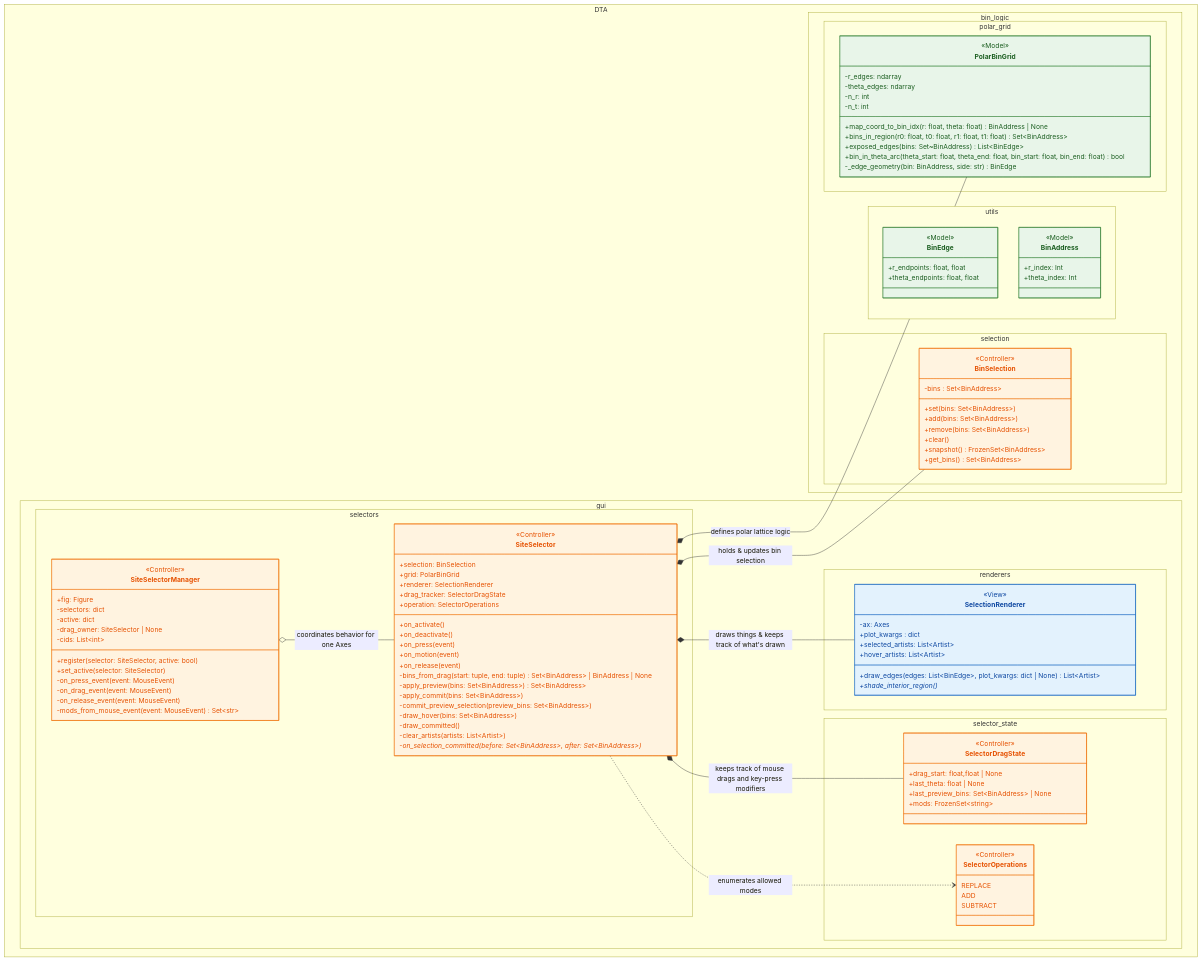
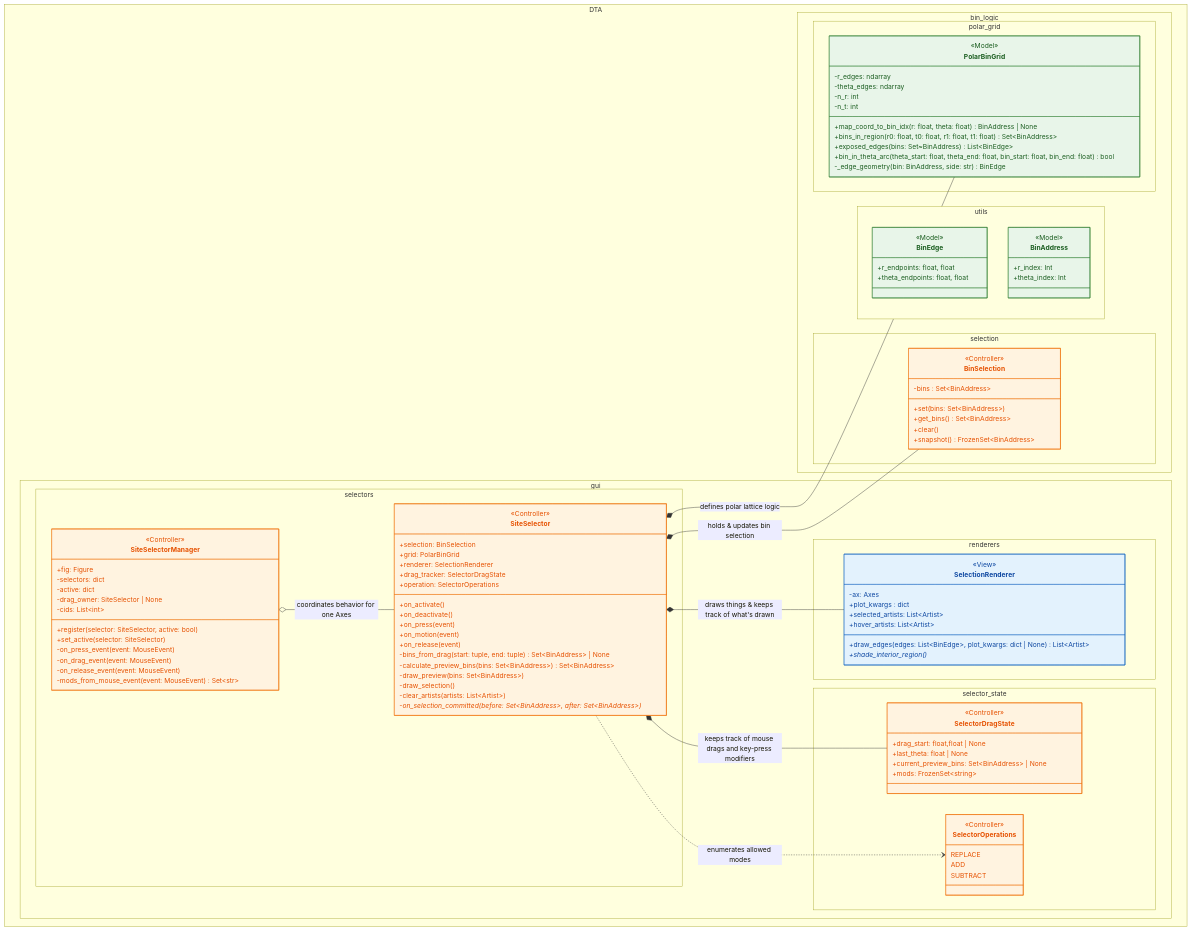
The first of 4 diagrams in python/dta/gui/README.md (BranniganLab/density_threshold_affinity), drawn with Mermaid before and after one commit.

Commit message:
updated mermaid chart

```diff
--- a/python/dta/gui/README.md
+++ b/python/dta/gui/README.md
@@ -121,11 +121,9 @@
 class BinSelection {
     -bins : Set~BinAddress~
     +set(bins: Set~BinAddress~)
-    +add(bins: Set~BinAddress~)
-    +remove(bins: Set~BinAddress~)
+    +get_bins() Set~BinAddress~
     +clear()
     +snapshot() FrozenSet~BinAddress~
-    +get_bins() Set~BinAddress~
 }
 }
 
@@ -141,7 +139,7 @@
     <<dataclass>>
     +drag_start: float,float | None
     +last_theta: float | None
-    +last_preview_bins: Set~BinAddress~ | None
+    +current_preview_bins: Set~BinAddress~ | None
     +mods: FrozenSet~string~
 }
 }
@@ -158,12 +156,10 @@
     +on_press(event)
     +on_motion(event)
     +on_release(event)
-    -bins_from_drag(start: tuple, end: tuple) Set~BinAddress~ | BinAddress | None
-    -apply_preview(bins: Set~BinAddress~) Set~BinAddress~
-    -apply_commit(bins: Set~BinAddress~)
-    -commit_preview_selection(preview_bins: Set~BinAddress~)
-    -draw_hover(bins: Set~BinAddress~)
-    -draw_committed()
+    -bins_from_drag(start: tuple, end: tuple) Set~BinAddress~ | None
+    -calculate_preview_bins(bins: Set~BinAddress~) Set~BinAddress~
+    -draw_preview(bins: Set~BinAddress~)
+    -draw_selection()
     -clear_artists(artists: List~Artist~)
     -on_selection_committed(before: Set~BinAddress~, after: Set~BinAddress~)*
 }
```
